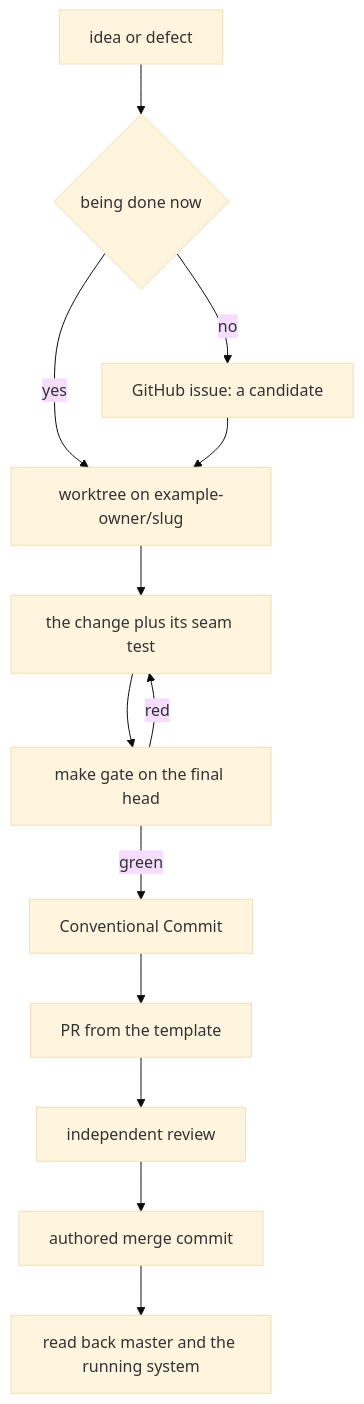
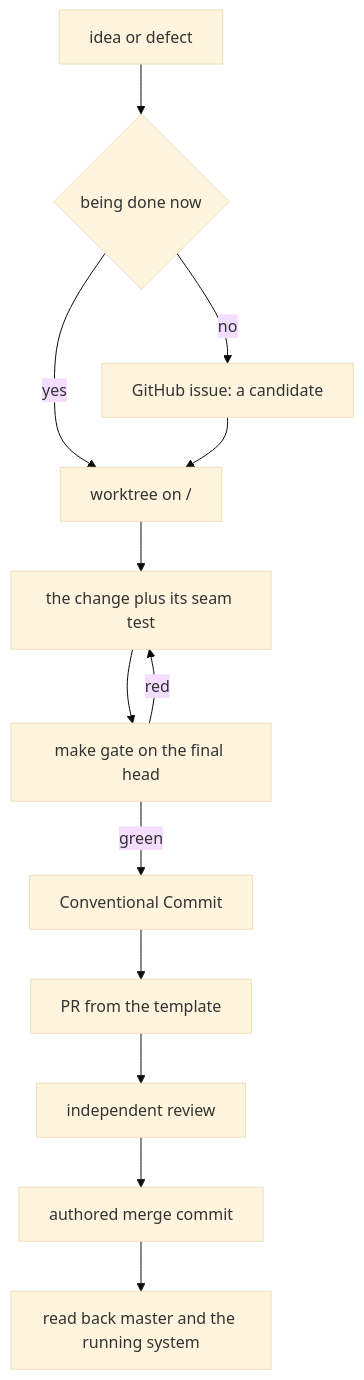
The first of 2 diagrams in openwiki/contributing/changing-the-system.md (mikeng-io/nora), drawn with Mermaid (base theme) before and after one commit. The commit also changed other lines of this file and 9 other files, not shown here.

````diff
--- a/openwiki/contributing/changing-the-system.md
+++ b/openwiki/contributing/changing-the-system.md
@@ -119,15 +121,15 @@
 ```mermaid
 flowchart TD
   A["idea or defect"] --> B{"being done now"}
-  B -- "yes" --> C["worktree on example-owner/slug"]
+  B -- "yes" --> C["worktree on <type>/<kebab-slug>"]
   B -- "no" --> D["GitHub issue: a candidate"]
   D --> C
   C --> E["the change plus its seam test"]
   E --> F["make gate on the final head"]
   F -- "red" --> E
   F -- "green" --> G["Conventional Commit"]
   G --> H["PR from the template"]
   H --> I["independent review"]
   I --> J["authored merge commit"]
   J --> K["read back master and the running system"]
 ```
````
